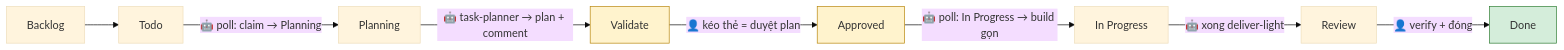
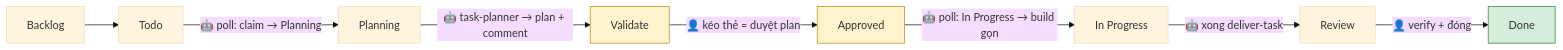
One commit to minhhv08/msdlc changed the first of 2 diagrams in docs/workflow-kanban-board.md. Above: the diagram before and after it, drawn with Mermaid (base theme). The commit also changed other lines of this file and 24 other files, not shown here.

First line of the commit message:
(feat): spec phân loại story/task để tiết kiệm token; đổi tên deliver-auto→deliver-story, deliver-light→deliver-task

````diff
--- a/docs/workflow-kanban-board.md
+++ b/docs/workflow-kanban-board.md
@@ -15,13 +15,13 @@
 ```mermaid
 flowchart LR
     B["Backlog"] --> T["Todo"]
     T -->|"🤖 poll: claim → Planning"| PL["Planning"]
     PL -->|"🤖 task-planner → plan + comment"| V["Validate"]
     V -->|"👤 kéo thẻ = duyệt plan"| A["Approved"]
     A -->|"🤖 poll: In Progress → build gọn"| I["In Progress"]
-    I -->|"🤖 xong deliver-light"| R["Review"]
+    I -->|"🤖 xong deliver-task"| R["Review"]
     R -->|"👤 verify + đóng"| D["Done"]
     style V fill:#fff3cd,stroke:#b8860b
     style A fill:#fff3cd,stroke:#b8860b
     style D fill:#d4edda,stroke:#2e7d32
 ```
````
